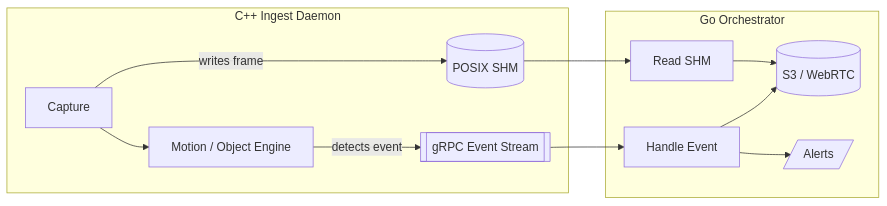
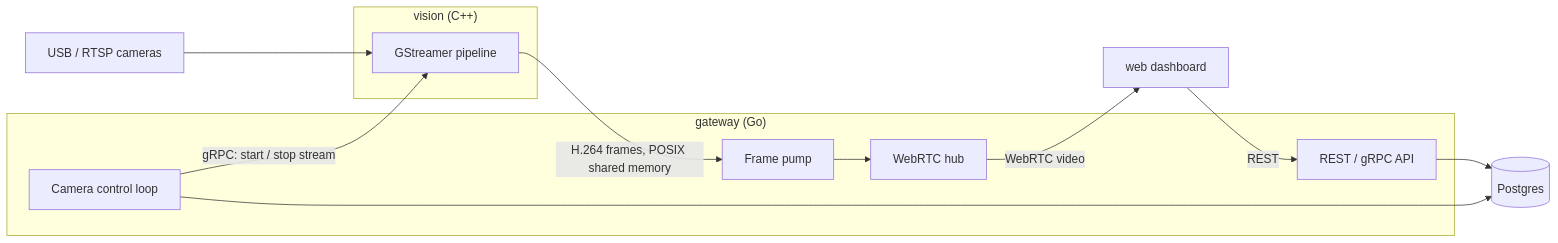
Before and after one commit to khomin/roost: the diagram in README.MD, drawn with Mermaid. The commit also changed other lines of this file and 6 other files, not shown here.

````diff
--- a/README.MD
+++ b/README.MD
@@ -1,25 +30,27 @@
 ```mermaid
 flowchart LR
-    subgraph CPP["C++ Ingest Daemon"]
-        Capture[Capture]
-        Engine[Motion / Object Engine]
-        SHM[(POSIX SHM)]
-        GRPC[[gRPC Event Stream]]
-        Capture -->|writes frame| SHM
-        Engine -->|detects event| GRPC
-        Capture --> Engine
+    Cam[USB / RTSP cameras]
+
+    subgraph Vision["vision (C++)"]
+        Gst[GStreamer pipeline]
     end
 
-    subgraph GO["Go Orchestrator"]
-        Read[Read SHM]
-        Handle[Handle Event]
-        S3[(S3 / WebRTC)]
-        Alerts[/Alerts/]
-        Read --> S3
-        Handle --> S3
-        Handle --> Alerts
+    subgraph Gateway["gateway (Go)"]
+        Loop[Camera control loop]
+        Pump[Frame pump]
+        Hub[WebRTC hub]
+        API[REST / gRPC API]
     end
 
-    SHM --> Read
-    GRPC --> Handle
+    DB[(Postgres)]
+    Web[web dashboard]
+
+    Cam --> Gst
+    Loop -->|gRPC: start / stop stream| Gst
+    Gst -->|H.264 frames, POSIX shared memory| Pump
+    Pump --> Hub
+    Hub -->|WebRTC video| Web
+    Web -->|REST| API
+    API --> DB
+    Loop --> DB
 ```
````
